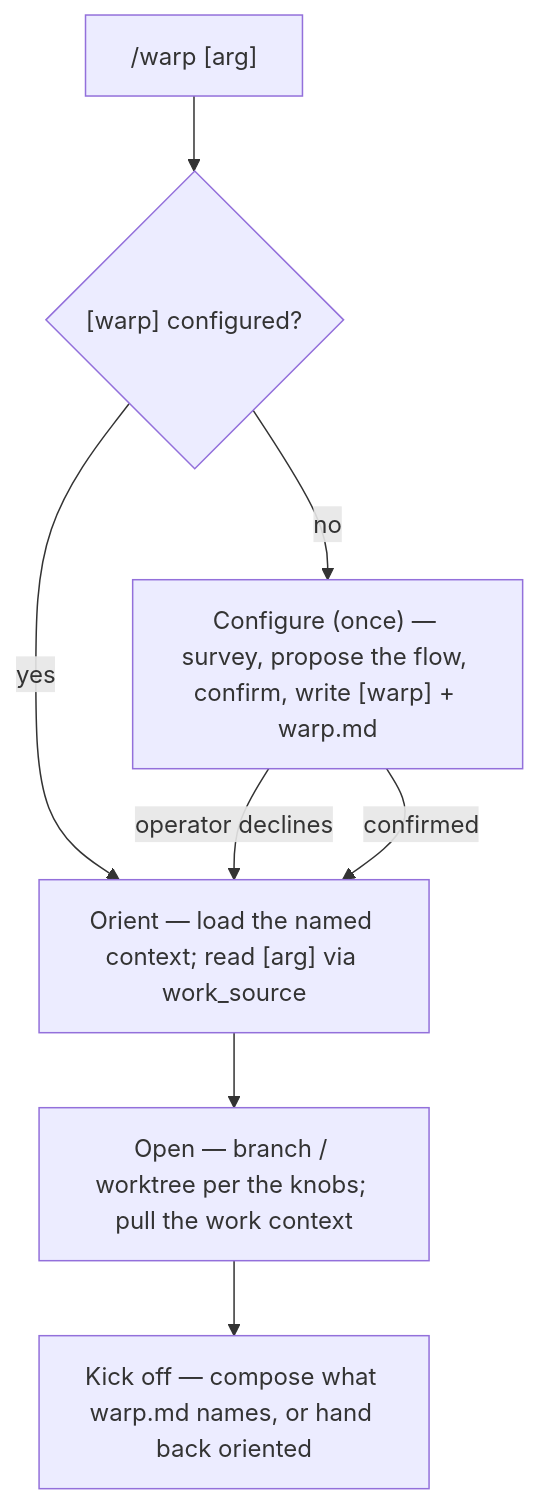
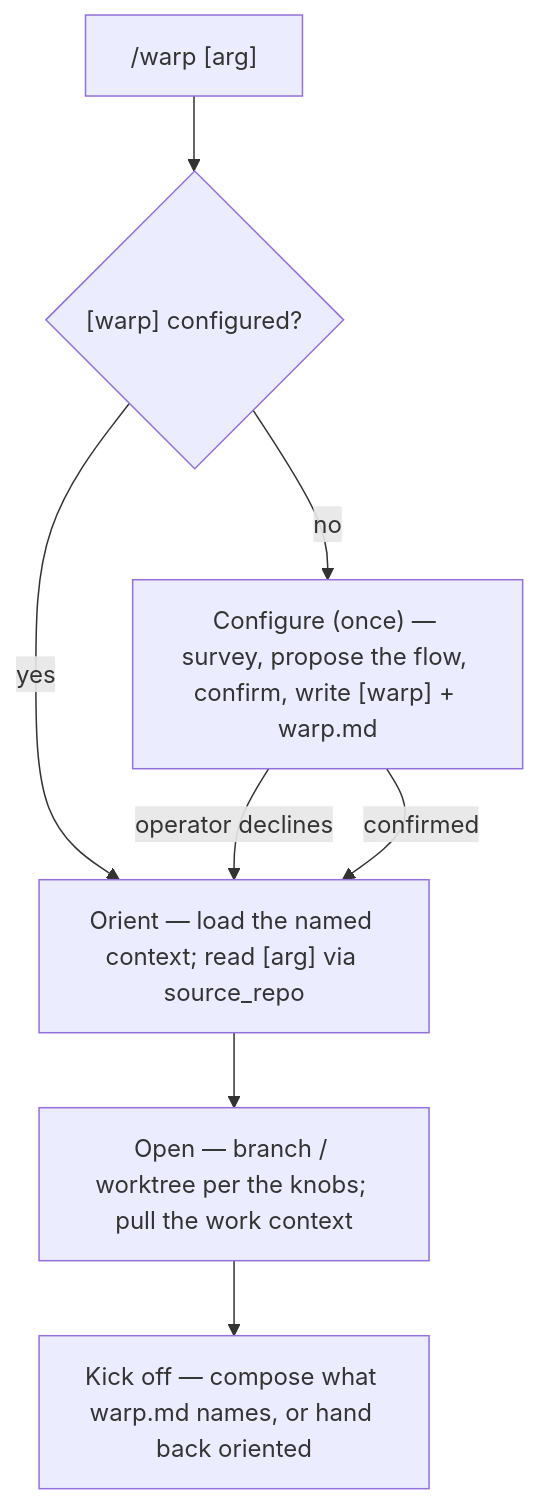
Before and after one commit to ZPerrin/loom: the diagram in skills/warp/SKILL.md, drawn with Mermaid. The commit also changed other lines of this file, not shown here.

Commit message:
docs(warp): wire the open hook into the spine; source_repo/branch + worktree=harness

````diff
--- a/skills/warp/SKILL.md
+++ b/skills/warp/SKILL.md
@@ -23,10 +23,10 @@
 ```mermaid
 flowchart TD
     inv["/warp [arg]"] --> cfg{"[warp] configured?"}
     cfg -->|no| conf["Configure (once) — survey, propose the flow, confirm, write [warp] + warp.md"]
-    cfg -->|yes| orient["Orient — load the named context; read [arg] via work_source"]
+    cfg -->|yes| orient["Orient — load the named context; read [arg] via source_repo"]
     conf -->|operator declines| orient
     conf -->|confirmed| orient
     orient --> open["Open — branch / worktree per the knobs; pull the work context"]
     open --> kickoff["Kick off — compose what warp.md names, or hand back oriented"]
 ```
````
